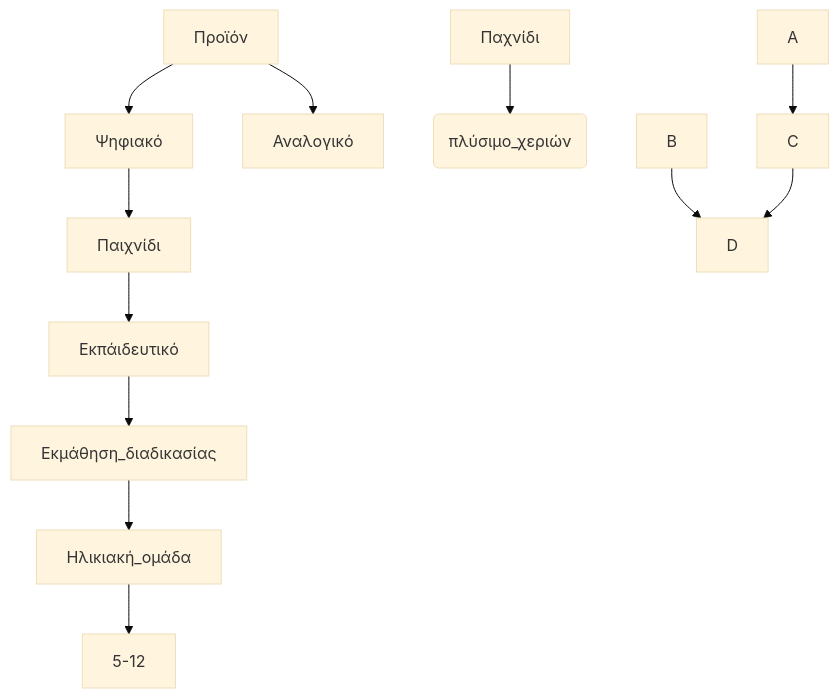
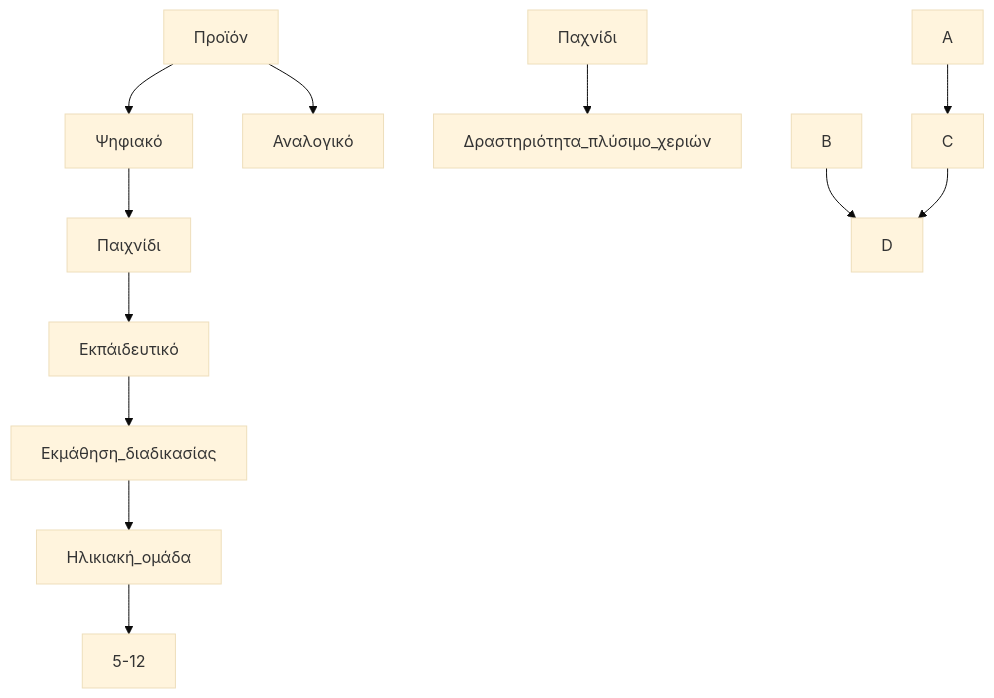
The diagram in our_report/README.md (Ebabouraki/Interaction-Design-Project-Assignment), drawn with Mermaid (base theme) before and after one commit.

````diff
--- a/our_report/README.md
+++ b/our_report/README.md
@@ -200,20 +200,20 @@
 ```mermaid
   graph TD;
       Προϊόν --> Ψηφιακό;
       Προϊόν --> Αναλογικό;
       Ψηφιακό --> Παιχνίδι;
       Παιχνίδι --> Εκπάιδευτικό;
-      Παχνίδι --> Δραστηριότητα(πλύσιμο_χεριών)
+      Παχνίδι --> Δραστηριότητα_πλύσιμο_χεριών
       Εκπάιδευτικό --> Εκμάθηση_διαδικασίας;
       Εκμάθηση_διαδικασίας --> Ηλικιακή_ομάδα;
       Ηλικιακή_ομάδα --> 5-12;
       
       
     
     
       
          
       A-->C;
       B-->D;
       C-->D;
 ```
````
